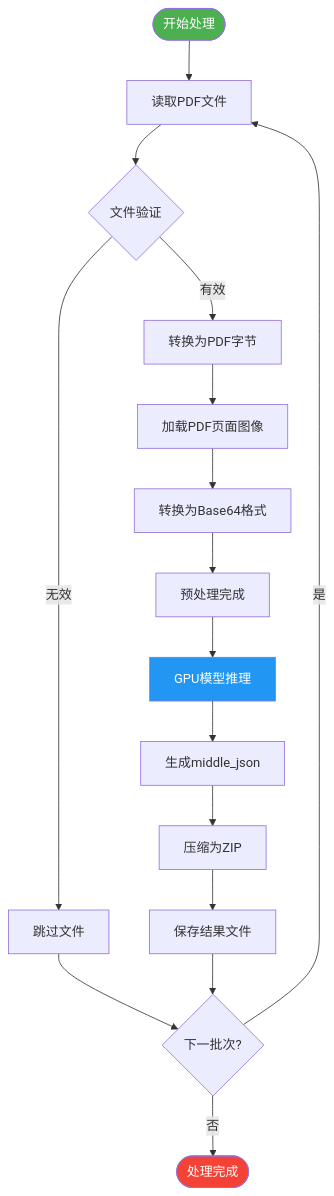
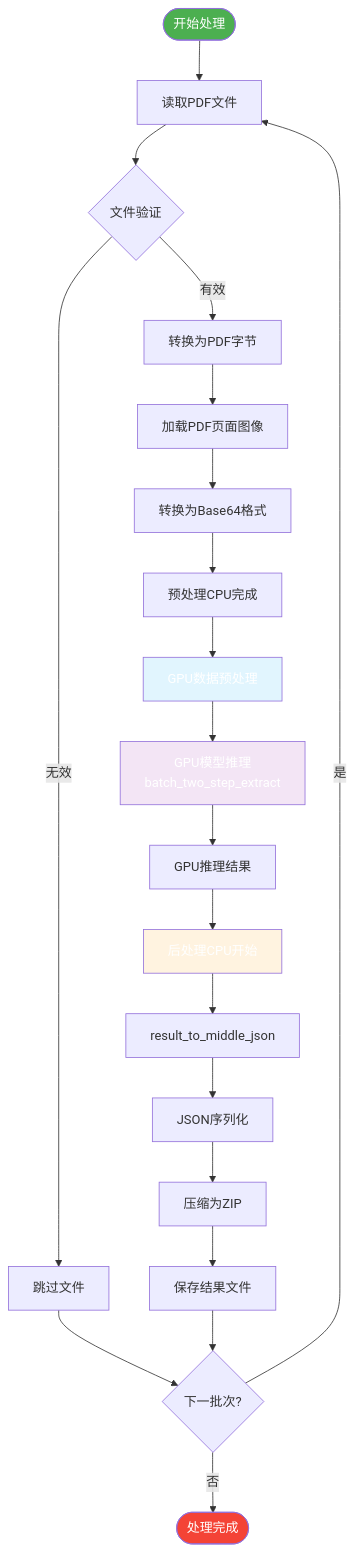
The fifth of 9 diagrams in arch.md (chukonu-team/MinerU-merge), drawn with Mermaid before and after one commit. The commit also changed other lines of this file and 2 other files, not shown here.

````diff
--- a/arch.md
+++ b/arch.md
@@ -148,25 +174,32 @@
 ```mermaid
 flowchart TD
     Start([开始处理]) --> Input[读取PDF文件]
     Input --> Validate{文件验证}
     Validate -->|有效| PDFBytes[转换为PDF字节]
     Validate -->|无效| Skip[跳过文件]
 
     PDFBytes --> ImageLoad[加载PDF页面图像]
     ImageLoad --> Base64[转换为Base64格式]
-    Base64 --> PreprocessResult[预处理完成]
+    Base64 --> PreprocessResult[预处理CPU完成]
 
-    PreprocessResult --> GPUModel[GPU模型推理]
-    GPUModel --> MiddleJSON[生成middle_json]
-    MiddleJSON --> Compress[压缩为ZIP]
+    PreprocessResult --> GPUPreprocess[GPU数据预处理]
+    GPUPreprocess --> GPUInference[GPU模型推理<br/>batch_two_step_extract]
+    GPUInference --> GPUResults[GPU推理结果]
+
+    GPUResults --> PostprocessStart[后处理CPU开始]
+    PostprocessStart --> MiddleJSON[result_to_middle_json]
+    MiddleJSON --> JSONSerialize[JSON序列化]
+    JSONSerialize --> Compress[压缩为ZIP]
     Compress --> SaveResult[保存结果文件]
 
     Skip --> NextBatch{下一批次?}
     SaveResult --> NextBatch
     NextBatch -->|是| Input
     NextBatch -->|否| End([处理完成])
 
     style Start fill:#4caf50,color:#fff
     style End fill:#f44336,color:#fff
-    style GPUModel fill:#2196f3,color:#fff
+    style GPUPreprocess fill:#e1f5fe,color:#fff
+    style GPUInference fill:#f3e5f5,color:#fff
+    style PostprocessStart fill:#fff3e0,color:#fff
 ```
````
